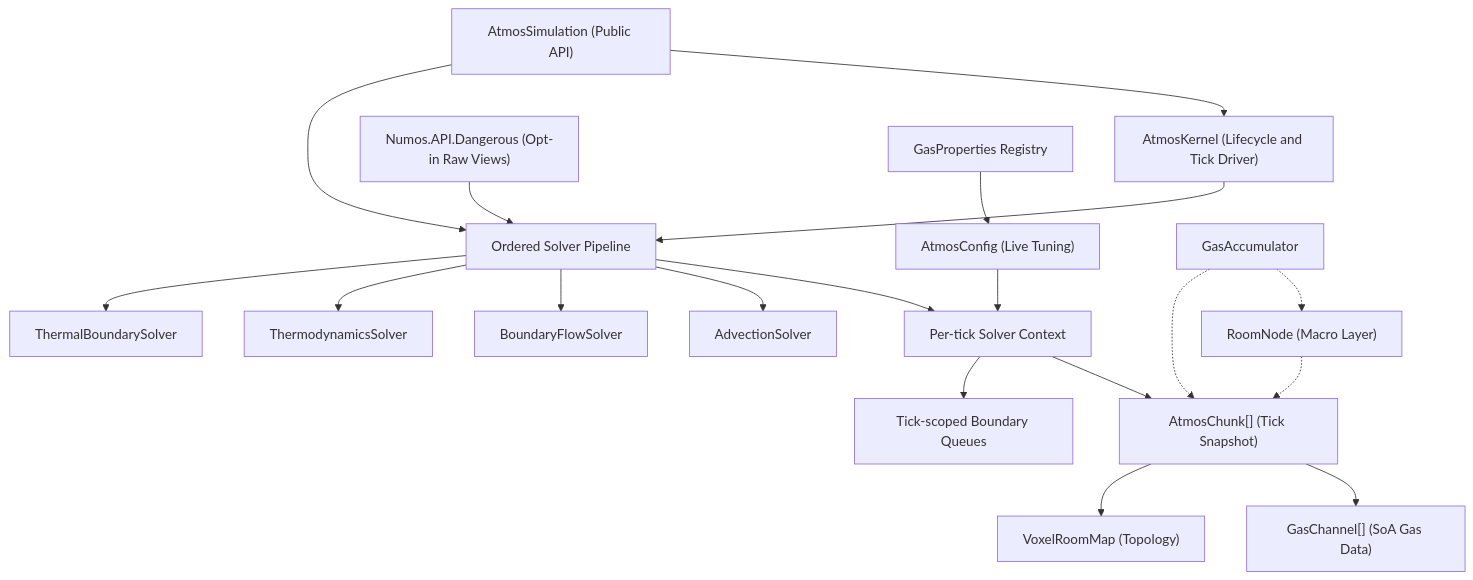
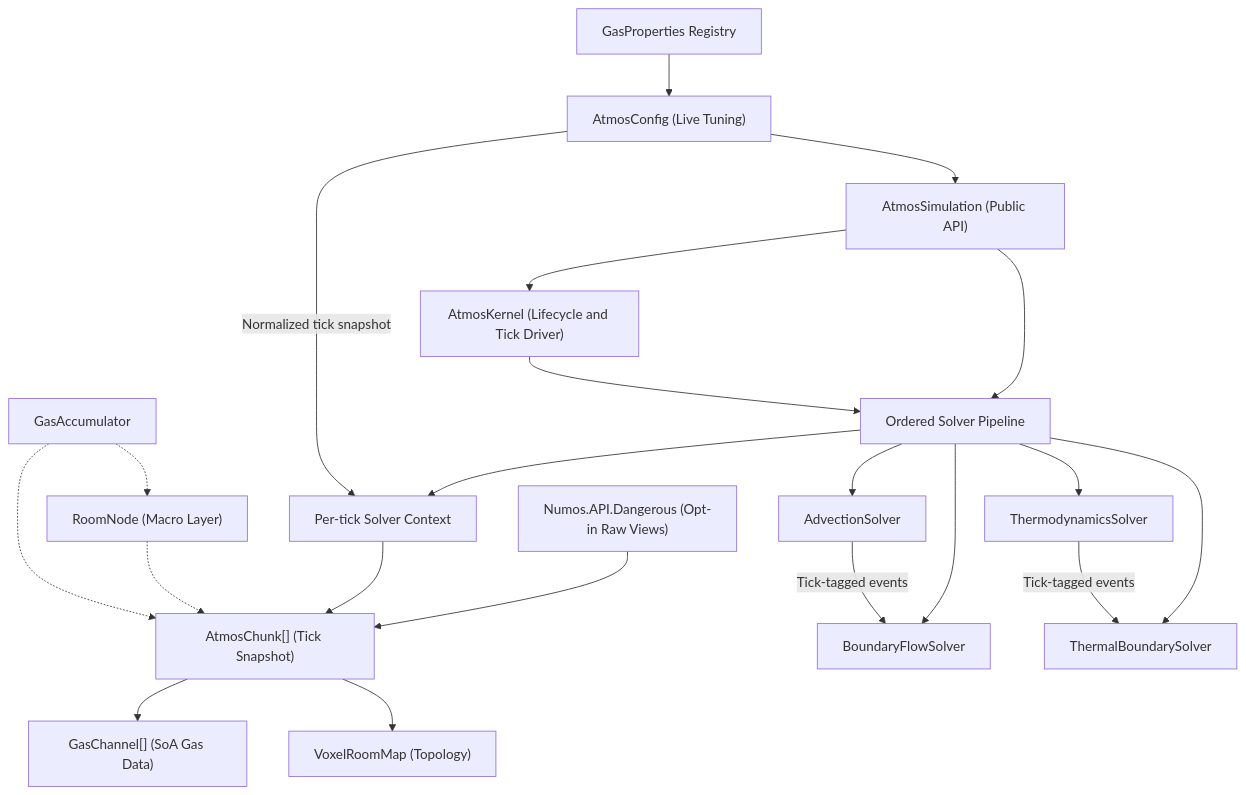
The diagram in docs/atmospherics_technical_documentation.md (ArtisticRoomba/Numos), drawn with Mermaid before and after one commit. The commit also changed other lines of this file and 20 other files, not shown here.

````diff
--- a/docs/atmospherics_technical_documentation.md
+++ b/docs/atmospherics_technical_documentation.md
@@ -70,21 +70,23 @@
 ```mermaid
 graph TD
     API["AtmosSimulation (Public API)"] --> KERNEL["AtmosKernel (Lifecycle and Tick Driver)"]
     API --> PIPE["Ordered Solver Pipeline"]
-    DANGER["Numos.API.Dangerous (Opt-in Raw Views)"] --> PIPE
+    DANGER["Numos.API.Dangerous (Opt-in Raw Views)"] --> B
     KERNEL --> PIPE
     PIPE --> CTX["Per-tick Solver Context"]
     PIPE --> A["AdvectionSolver"]
     PIPE --> BOUNDARY["BoundaryFlowSolver"]
     PIPE --> THERMO["ThermodynamicsSolver"]
     PIPE --> THERMAL["ThermalBoundarySolver"]
     CTX --> B["AtmosChunk[] (Tick Snapshot)"]
-    CTX --> E["Tick-scoped Boundary Queues"]
+    A -->|"Tick-tagged events"| BOUNDARY
+    THERMO -->|"Tick-tagged events"| THERMAL
     B --> C["GasChannel[] (SoA Gas Data)"]
     B --> D["VoxelRoomMap (Topology)"]
-    G["AtmosConfig (Live Tuning)"] --> CTX
+    G["AtmosConfig (Live Tuning)"] --> API
+    G -->|"Normalized tick snapshot"| CTX
     H["GasProperties Registry"] --> G
     I["RoomNode (Macro Layer)"] -.-> B
     J["GasAccumulator"] -.-> I
     J -.-> B
 ```
````
